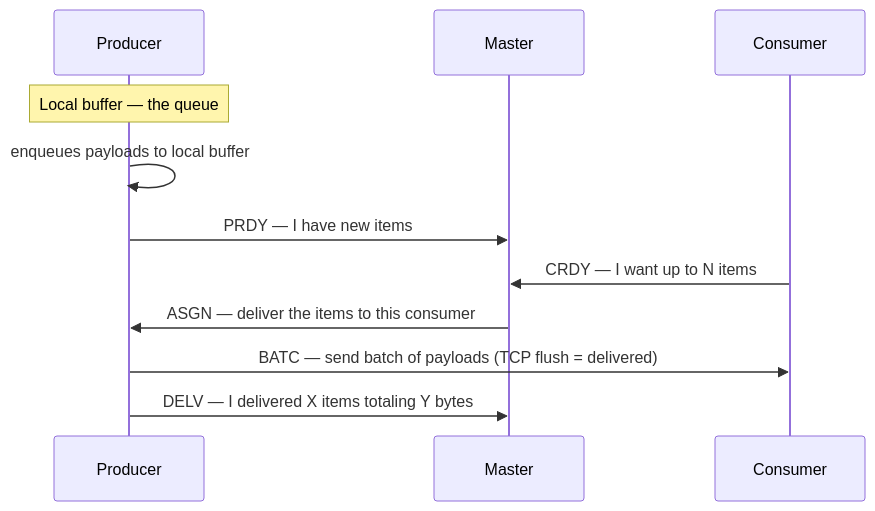
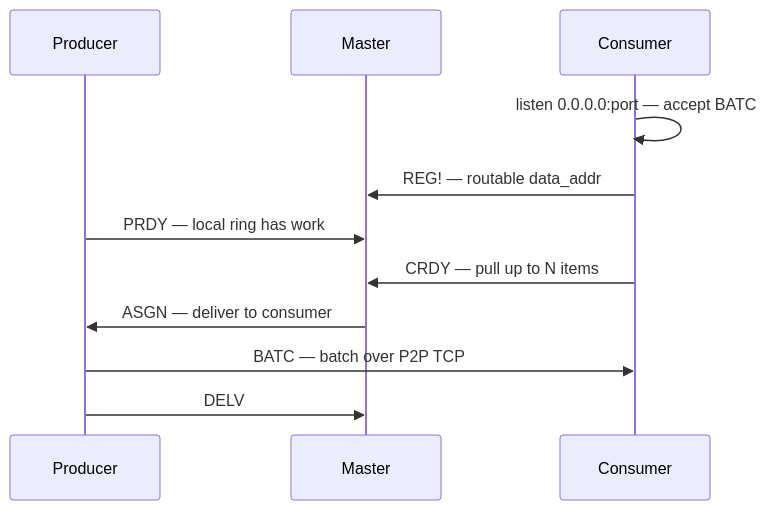
One commit to WilianZilv/cupidmq changed the diagram in README.md. Above: the diagram before and after it, drawn with Mermaid. The commit also changed other lines of this file, not shown here.

````diff
--- a/README.md
+++ b/README.md
@@ -80,16 +240,14 @@
 ```mermaid
 sequenceDiagram
   participant P as Producer
   participant M as Master
   participant C as Consumer
 
-  Note over P: Local buffer — the queue
-  P->>P: enqueues payloads to local buffer
-
-  P->>M: PRDY — I have new items
-  C->>M: CRDY — I want up to N items
-  M->>P: ASGN — deliver the items to this consumer
-
-  P->>C: BATC — send batch of payloads (TCP flush = delivered)
-  P->>M: DELV — I delivered X items totaling Y bytes
+  C->>C: listen 0.0.0.0:port — accept BATC
+  C->>M: REG! — routable data_addr
+  P->>M: PRDY — local ring has work
+  C->>M: CRDY — pull up to N items
+  M->>P: ASGN — deliver to consumer
+  P->>C: BATC — batch over P2P TCP
+  P->>M: DELV
 ```
````
